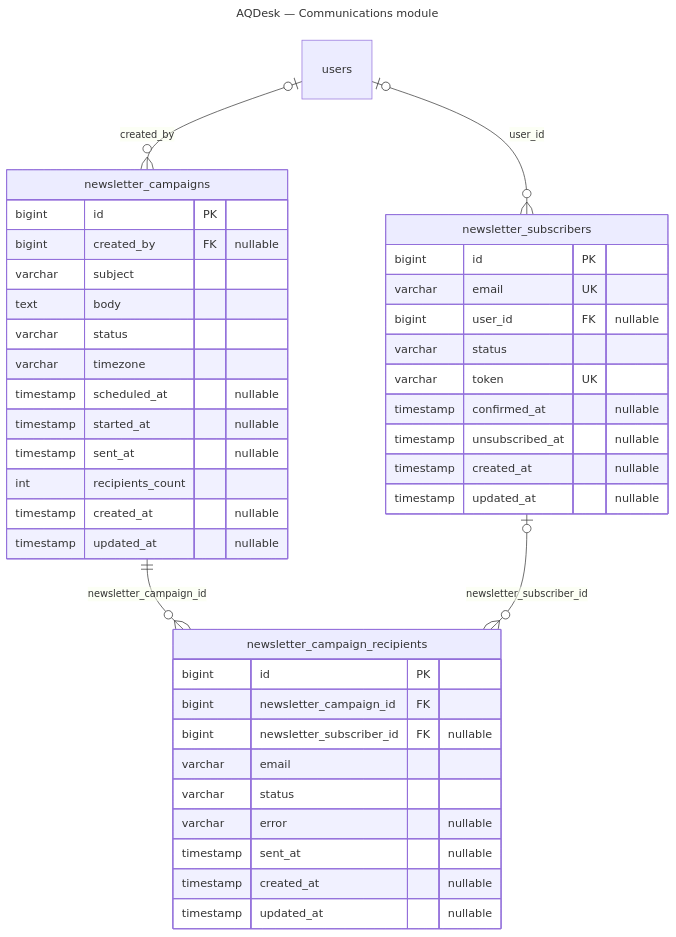
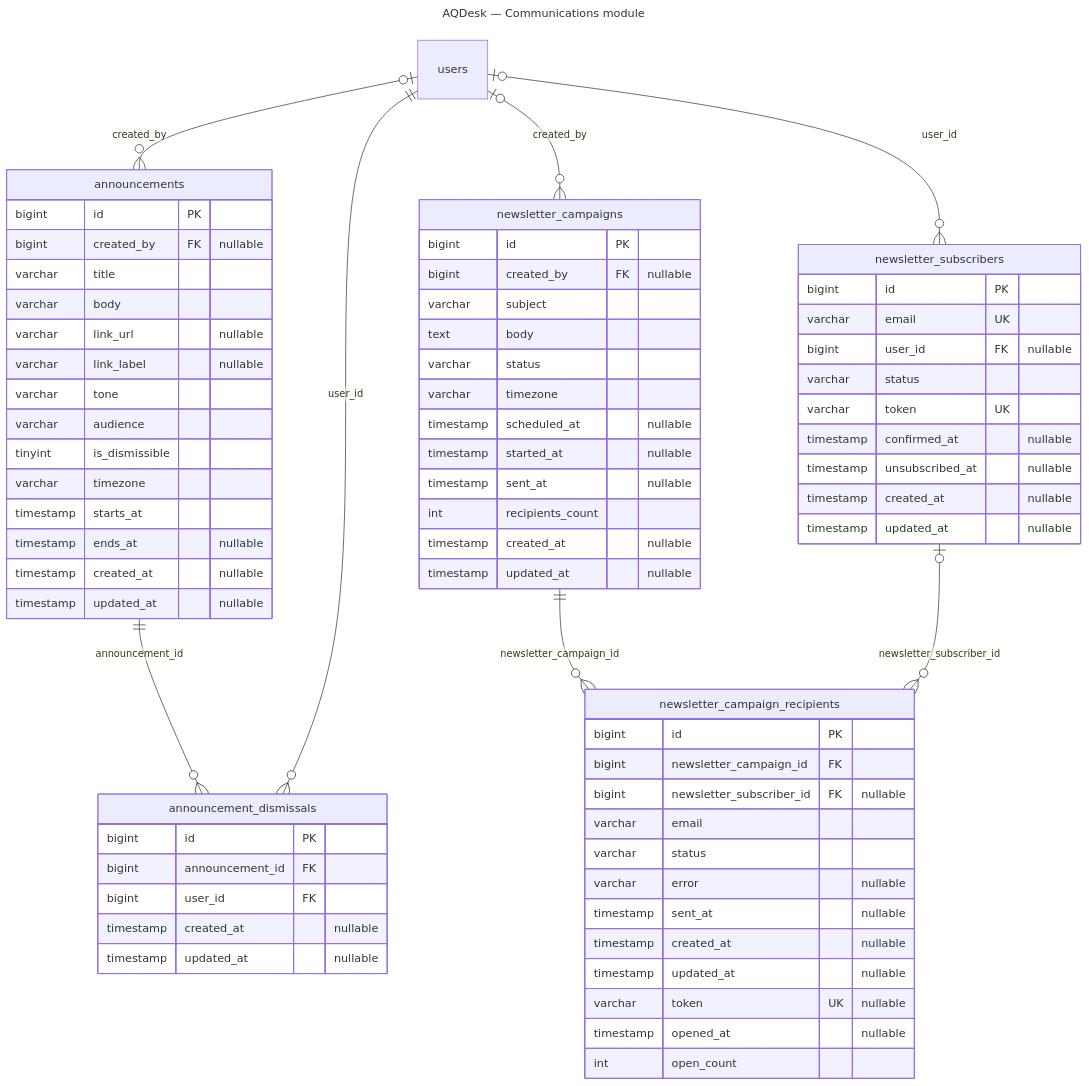
Before and after one commit to projectuniversity866-debug/S25-FutureGenius-TitaniaMelody_BC220203981: the diagram in docs/diagrams/erd/03-communications.mmd, drawn with Mermaid. The commit also changed 40 other files, not shown here.

```diff
--- a/docs/diagrams/erd/03-communications.mmd
+++ b/docs/diagrams/erd/03-communications.mmd
@@ -1,44 +1,73 @@
 ---
 title: AQDesk — Communications module
 ---
 erDiagram
+    announcements ||--o{ announcement_dismissals : "announcement_id"
+    users ||--o{ announcement_dismissals : "user_id"
+    users |o--o{ announcements : "created_by"
     newsletter_campaigns ||--o{ newsletter_campaign_recipients : "newsletter_campaign_id"
     newsletter_subscribers |o--o{ newsletter_campaign_recipients : "newsletter_subscriber_id"
     users |o--o{ newsletter_campaigns : "created_by"
     users |o--o{ newsletter_subscribers : "user_id"
+    announcement_dismissals {
+        bigint id PK
+        bigint announcement_id FK
+        bigint user_id FK
+        timestamp created_at "nullable"
+        timestamp updated_at "nullable"
+    }
+    announcements {
+        bigint id PK
+        bigint created_by FK "nullable"
+        varchar title
+        varchar body
+        varchar link_url "nullable"
+        varchar link_label "nullable"
+        varchar tone
+        varchar audience
+        tinyint is_dismissible
+        varchar timezone
+        timestamp starts_at
+        timestamp ends_at "nullable"
+        timestamp created_at "nullable"
+        timestamp updated_at "nullable"
+    }
     newsletter_campaign_recipients {
         bigint id PK
         bigint newsletter_campaign_id FK
         bigint newsletter_subscriber_id FK "nullable"
         varchar email
         varchar status
         varchar error "nullable"
         timestamp sent_at "nullable"
         timestamp created_at "nullable"
         timestamp updated_at "nullable"
+        varchar token UK "nullable"
+        timestamp opened_at "nullable"
+        int open_count
     }
     newsletter_campaigns {
         bigint id PK
         bigint created_by FK "nullable"
         varchar subject
         text body
         varchar status
         varchar timezone
         timestamp scheduled_at "nullable"
         timestamp started_at "nullable"
         timestamp sent_at "nullable"
         int recipients_count
         timestamp created_at "nullable"
         timestamp updated_at "nullable"
     }
     newsletter_subscribers {
         bigint id PK
         varchar email UK
         bigint user_id FK "nullable"
         varchar status
         varchar token UK
         timestamp confirmed_at "nullable"
         timestamp unsubscribed_at "nullable"
         timestamp created_at "nullable"
         timestamp updated_at "nullable"
     }
```
